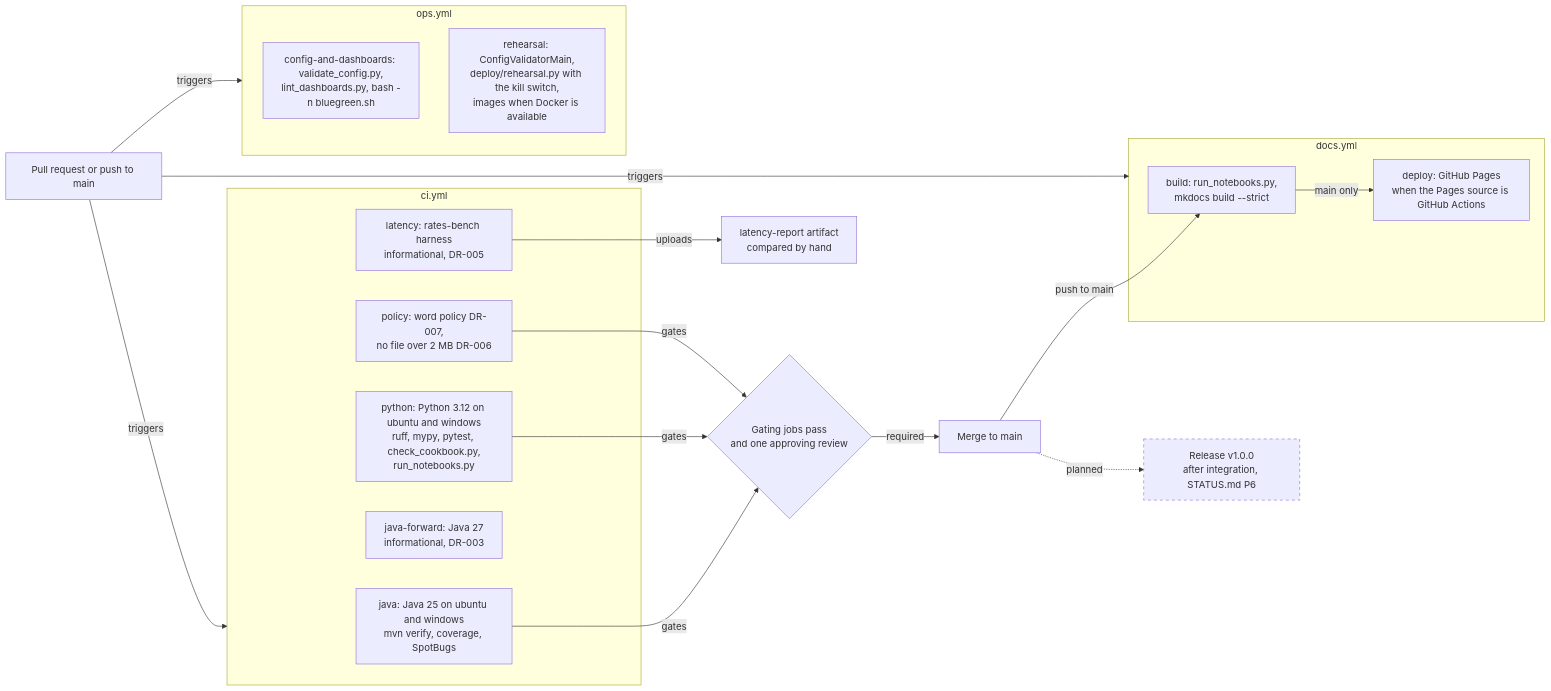
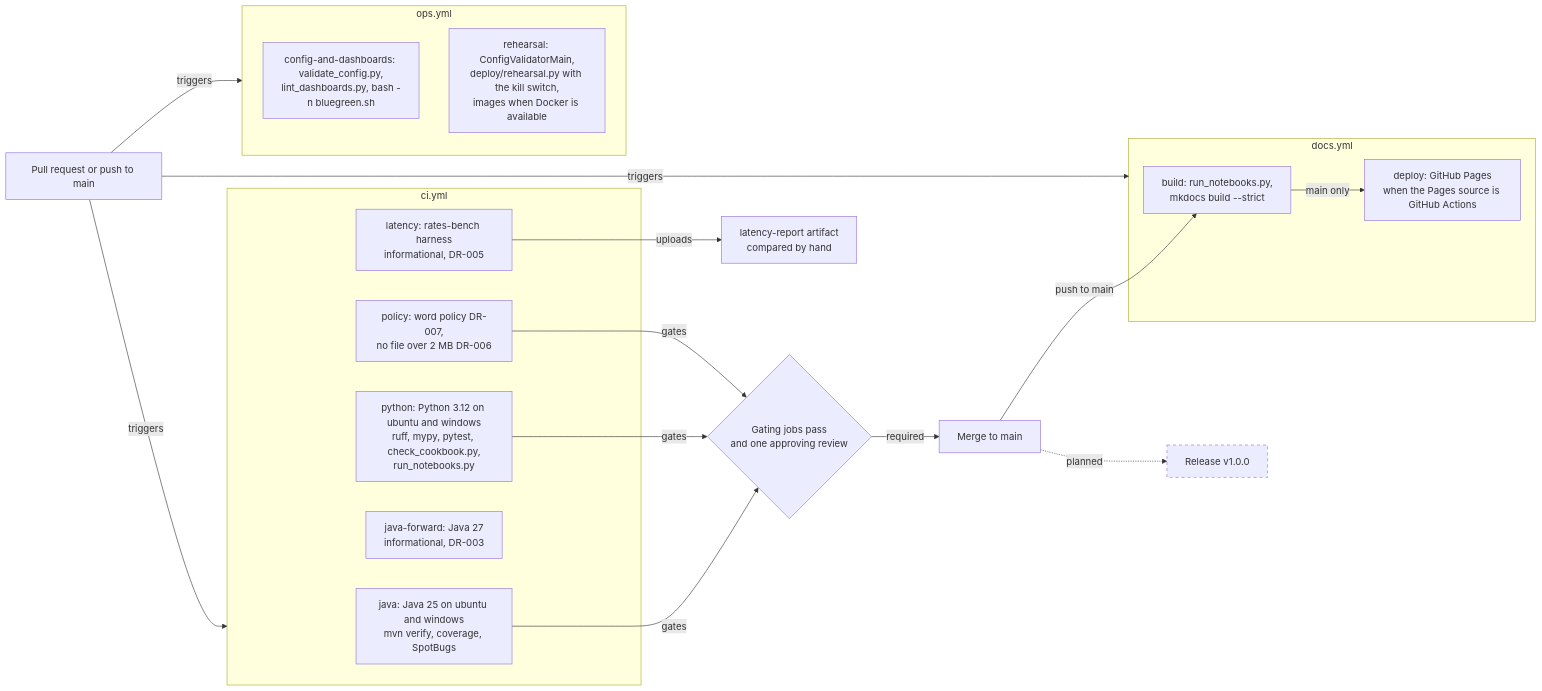
One commit to AshJha0/rates-algo-trading changed the diagram in docs/diagrams/ci_pipeline.mmd. Above: the diagram before and after it, drawn with Mermaid. The commit also changed 50 other files, not shown here.

```diff
--- a/docs/diagrams/ci_pipeline.mmd
+++ b/docs/diagrams/ci_pipeline.mmd
@@ -1,37 +1,37 @@
 %% Title: CI, docs and ops workflows on a pull request and on main
 flowchart LR
   pr["Pull request or push to main"]
   subgraph ci["ci.yml"]
     java["java: Java 25 on ubuntu and windows<br/>mvn verify, coverage, SpotBugs"]
     python["python: Python 3.12 on ubuntu and windows<br/>ruff, mypy, pytest, check_cookbook.py,<br/>run_notebooks.py"]
     policy["policy: word policy DR-007,<br/>no file over 2 MB DR-006"]
     fwd["java-forward: Java 27<br/>informational, DR-003"]
     lat["latency: rates-bench harness<br/>informational, DR-005"]
   end
   subgraph docs["docs.yml"]
     build["build: run_notebooks.py,<br/>mkdocs build --strict"]
     deploy["deploy: GitHub Pages<br/>when the Pages source is GitHub Actions"]
   end
   subgraph ops["ops.yml"]
     cfg["config-and-dashboards: validate_config.py,<br/>lint_dashboards.py, bash -n bluegreen.sh"]
     reh["rehearsal: ConfigValidatorMain,<br/>deploy/rehearsal.py with the kill switch,<br/>images when Docker is available"]
   end
   gate{"Gating jobs pass<br/>and one approving review"}
   merge["Merge to main"]
   report["latency-report artifact<br/>compared by hand"]
-  release["Release v1.0.0<br/>after integration, STATUS.md P6"]
+  release["Release v1.0.0"]
 
   pr -->|triggers| ci
   pr -->|triggers| docs
   pr -->|triggers| ops
   java -->|gates| gate
   python -->|gates| gate
   policy -->|gates| gate
   lat -->|uploads| report
   gate -->|required| merge
   merge -->|push to main| build
   build -->|main only| deploy
   merge -.->|planned| release
 
   classDef planned stroke-dasharray: 5 5
   class release planned
```
